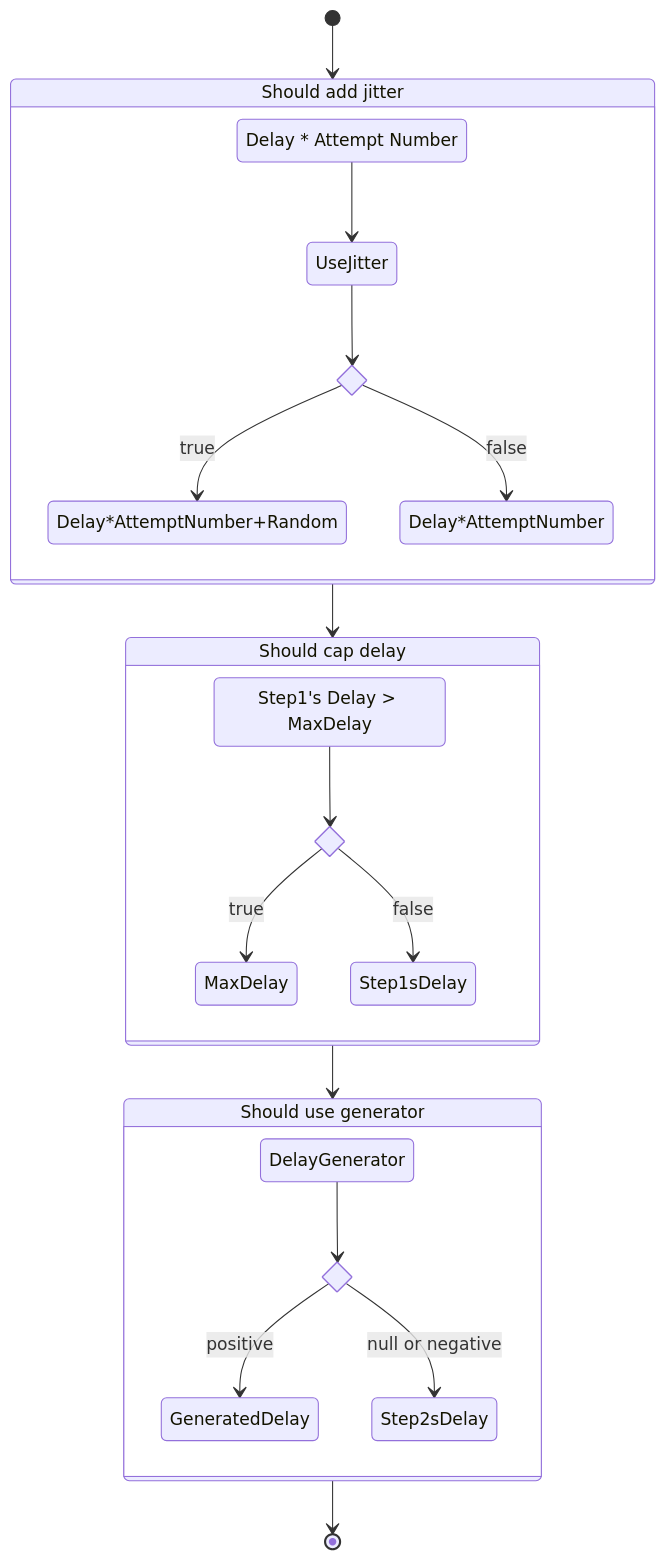
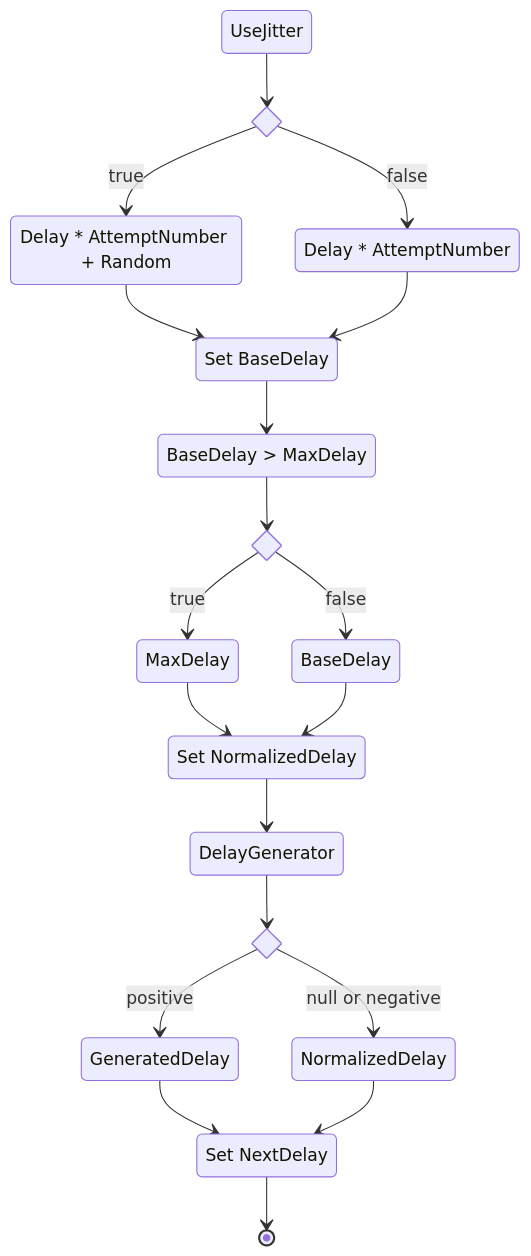
Before and after one commit to App-vNext/Polly: the second of 5 diagrams in docs/strategies/retry.md, drawn with Mermaid. The commit also changed other lines of this file, not shown here.

````diff
--- a/docs/strategies/retry.md
+++ b/docs/strategies/retry.md
@@ -176,34 +179,35 @@
 ```mermaid
 stateDiagram-v2
 
     state if_state_step1 <<choice>>
     state if_state_step2 <<choice>>
     state if_state_step3 <<choice>>
-    calc: Delay * Attempt Number
-    jitter: Should add jitter
-    cap: Should cap delay
-    generaror: Should use generator
-    islarger: Step1's Delay > MaxDelay
 
-    [*] --> jitter
-    jitter --> cap
-    cap --> generaror
-    generaror --> [*]
+    linear: Delay * AttemptNumber
+    linearWJitter: Delay * AttemptNumber + Random
+    compare: BaseDelay > MaxDelay
+    setBase: Set BaseDelay
+    setNormalized: Set NormalizedDelay
+    setNext: Set NextDelay
 
-    state jitter {
-        calc --> UseJitter
-        UseJitter --> if_state_step1
-        if_state_step1 --> Delay*AttemptNumber+Random: true
-        if_state_step1 --> Delay*AttemptNumber: false
-    }
-    state cap {
-        islarger --> if_state_step2
-        if_state_step2 --> MaxDelay: true
-        if_state_step2 --> Step1sDelay: false
-    }
-    state generaror {
-        DelayGenerator --> if_state_step3
-        if_state_step3 --> GeneratedDelay: positive
-        if_state_step3 --> Step2sDelay: null or negative
-    }
+    UseJitter --> if_state_step1
+    if_state_step1 --> linearWJitter:true
+    if_state_step1 --> linear: false
+    linearWJitter --> setBase
+    linear --> setBase
+
+    setBase --> compare
+    compare --> if_state_step2
+    if_state_step2 --> MaxDelay: true
+    if_state_step2 --> BaseDelay: false
+    MaxDelay --> setNormalized
+    BaseDelay --> setNormalized
+
+    setNormalized --> DelayGenerator
+    DelayGenerator --> if_state_step3
+    if_state_step3 --> GeneratedDelay: positive
+    if_state_step3 --> NormalizedDelay: null or negative
+    GeneratedDelay --> setNext
+    NormalizedDelay --> setNext
+    setNext --> [*]
 ```
````
